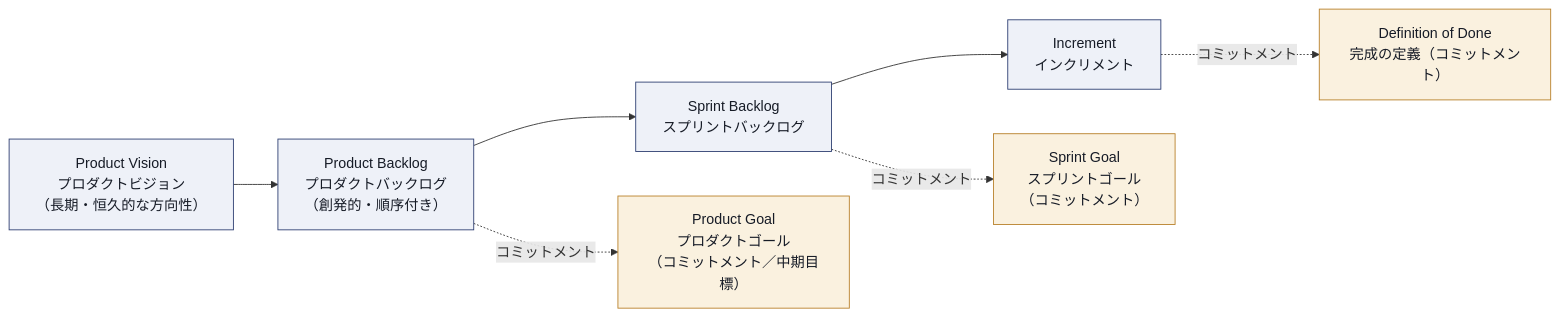
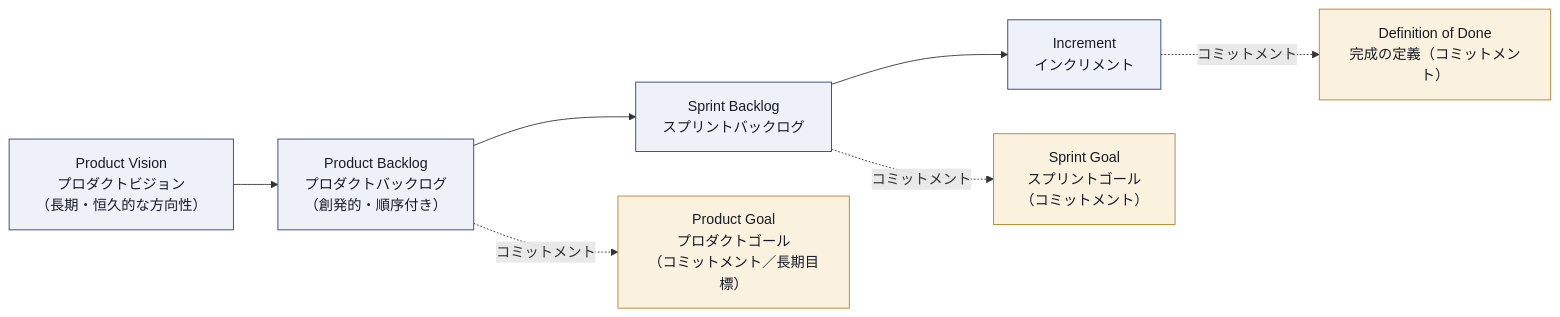
One commit to myoshi2891/Management-Team-Building-Studies changed the second of 5 diagrams in Professional-Scrum-Product-Backlog-Management-Skills.md. Above: the diagram before and after it, drawn with Mermaid. The commit also changed 1 other file, not shown here.

Commit message:
docs(pspbm): correct Product Goal commitment description to long-term goal

````diff
--- a/Professional-Scrum-Product-Backlog-Management-Skills.md
+++ b/Professional-Scrum-Product-Backlog-Management-Skills.md
@@ -177,14 +177,14 @@
 ```mermaid
 flowchart LR
     PV["Product Vision<br/>プロダクトビジョン<br/>（長期・恒久的な方向性）"] --> PB["Product Backlog<br/>プロダクトバックログ<br/>（創発的・順序付き）"]
     PB --> SB["Sprint Backlog<br/>スプリントバックログ"]
     SB --> INC["Increment<br/>インクリメント"]
-    PB -.->|"コミットメント"| PG["Product Goal<br/>プロダクトゴール<br/>（コミットメント／中期目標）"]
+    PB -.->|"コミットメント"| PG["Product Goal<br/>プロダクトゴール<br/>（コミットメント／長期目標）"]
     SB -.->|"コミットメント"| SG["Sprint Goal<br/>スプリントゴール<br/>（コミットメント）"]
     INC -.->|"コミットメント"| DoD["Definition of Done<br/>完成の定義（コミットメント）"]
 
     classDef commit fill:#FAF1DF,stroke:#B8802A,color:#161B26
     classDef artifact fill:#EEF1F8,stroke:#2E3F72,color:#161B26
     class PG,SG,DoD commit
     class PV,PB,SB,INC artifact
 ```
````
